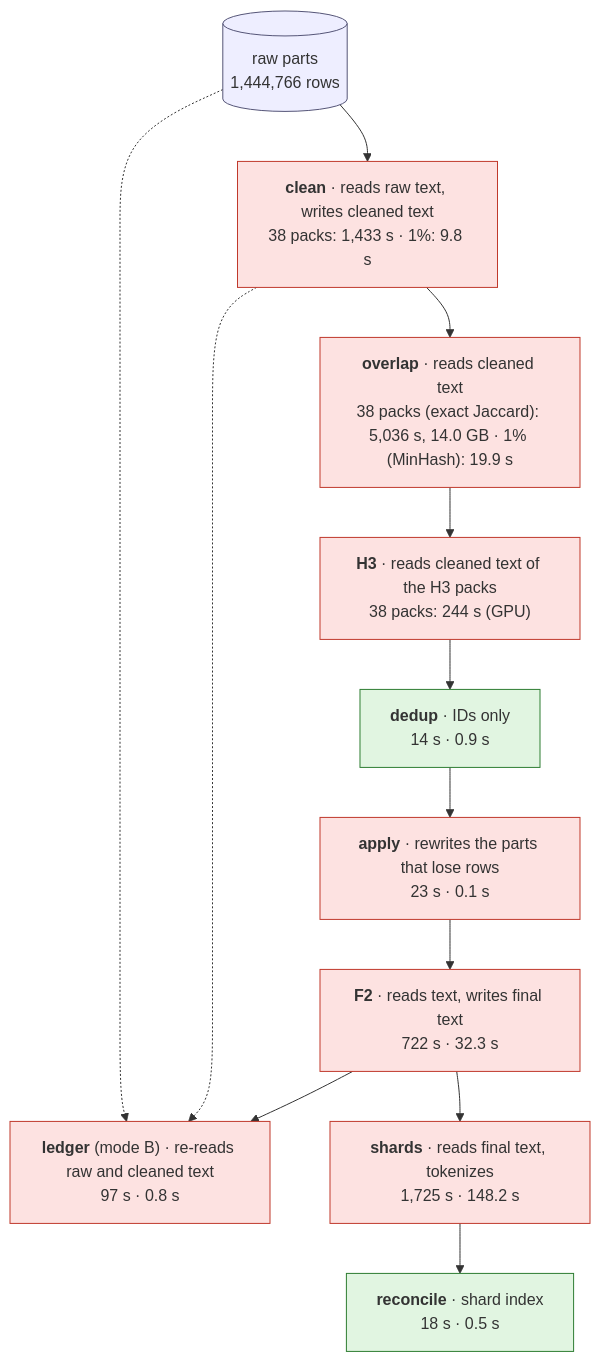
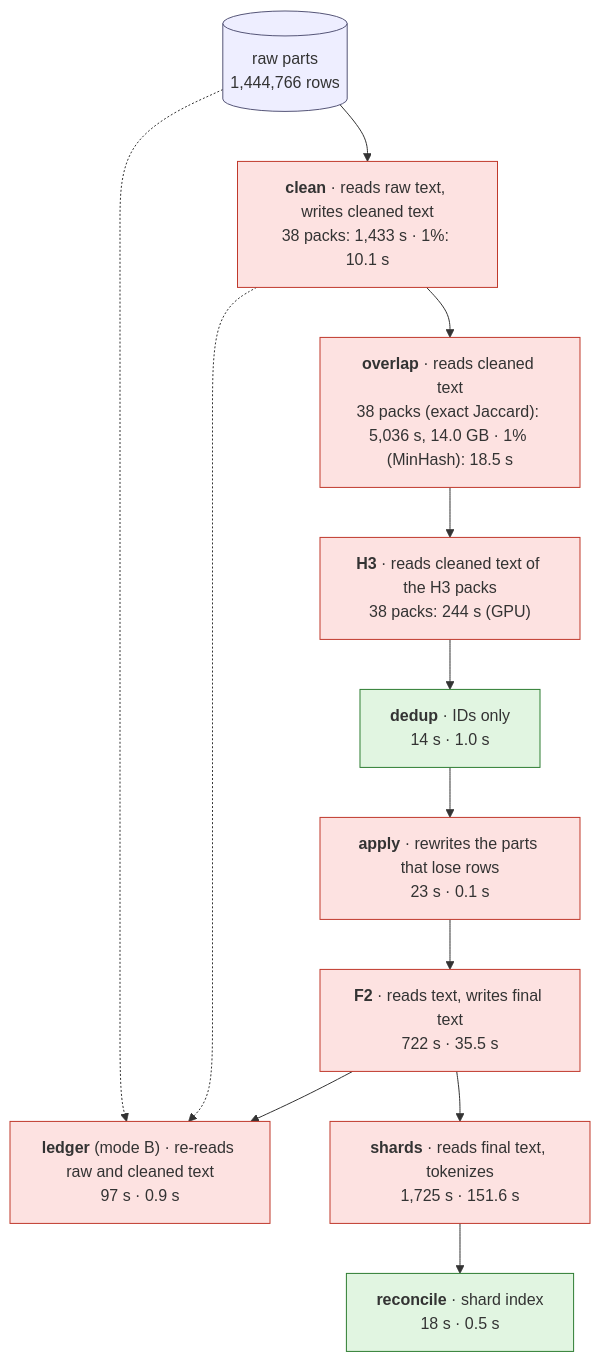
The first of 2 diagrams in teams/01-data-a/pipeline/passes_design_v1.md (theschoolofai/era-v5-lab), drawn with Mermaid before and after one commit. The commit also changed other lines of this file and 15 other files, not shown here.

````diff
--- a/teams/01-data-a/pipeline/passes_design_v1.md
+++ b/teams/01-data-a/pipeline/passes_design_v1.md
@@ -28,20 +28,20 @@
 ```mermaid
 flowchart TD
     raw[("raw parts<br/>1,444,766 rows")]:::data
-    clean["<b>clean</b> · reads raw text, writes cleaned text<br/>38 packs: 1,433 s · 1%: 9.8 s"]:::text
-    overlap["<b>overlap</b> · reads cleaned text<br/>38 packs (exact Jaccard): 5,036 s, 14.0 GB · 1% (MinHash): 19.9 s"]:::text
+    clean["<b>clean</b> · reads raw text, writes cleaned text<br/>38 packs: 1,433 s · 1%: 10.1 s"]:::text
+    overlap["<b>overlap</b> · reads cleaned text<br/>38 packs (exact Jaccard): 5,036 s, 14.0 GB · 1% (MinHash): 18.5 s"]:::text
     h3["<b>H3</b> · reads cleaned text of the H3 packs<br/>38 packs: 244 s (GPU)"]:::text
-    dedup["<b>dedup</b> · IDs only<br/>14 s · 0.9 s"]:::ids
+    dedup["<b>dedup</b> · IDs only<br/>14 s · 1.0 s"]:::ids
     apply["<b>apply</b> · rewrites the parts that lose rows<br/>23 s · 0.1 s"]:::text
-    f2["<b>F2</b> · reads text, writes final text<br/>722 s · 32.3 s"]:::text
-    ledger["<b>ledger</b> (mode B) · re-reads raw and cleaned text<br/>97 s · 0.8 s"]:::text
-    shards["<b>shards</b> · reads final text, tokenizes<br/>1,725 s · 148.2 s"]:::text
+    f2["<b>F2</b> · reads text, writes final text<br/>722 s · 35.5 s"]:::text
+    ledger["<b>ledger</b> (mode B) · re-reads raw and cleaned text<br/>97 s · 0.9 s"]:::text
+    shards["<b>shards</b> · reads final text, tokenizes<br/>1,725 s · 151.6 s"]:::text
     rec["<b>reconcile</b> · shard index<br/>18 s · 0.5 s"]:::ids
     raw --> clean --> overlap --> h3 --> dedup --> apply --> f2 --> shards --> rec
     raw -.-> ledger
     clean -.-> ledger
     f2 --> ledger
     classDef text fill:#fde2e1,stroke:#c0392b
     classDef ids fill:#e1f5e1,stroke:#2e7d32
     classDef data fill:#eef,stroke:#557
 ```
````
